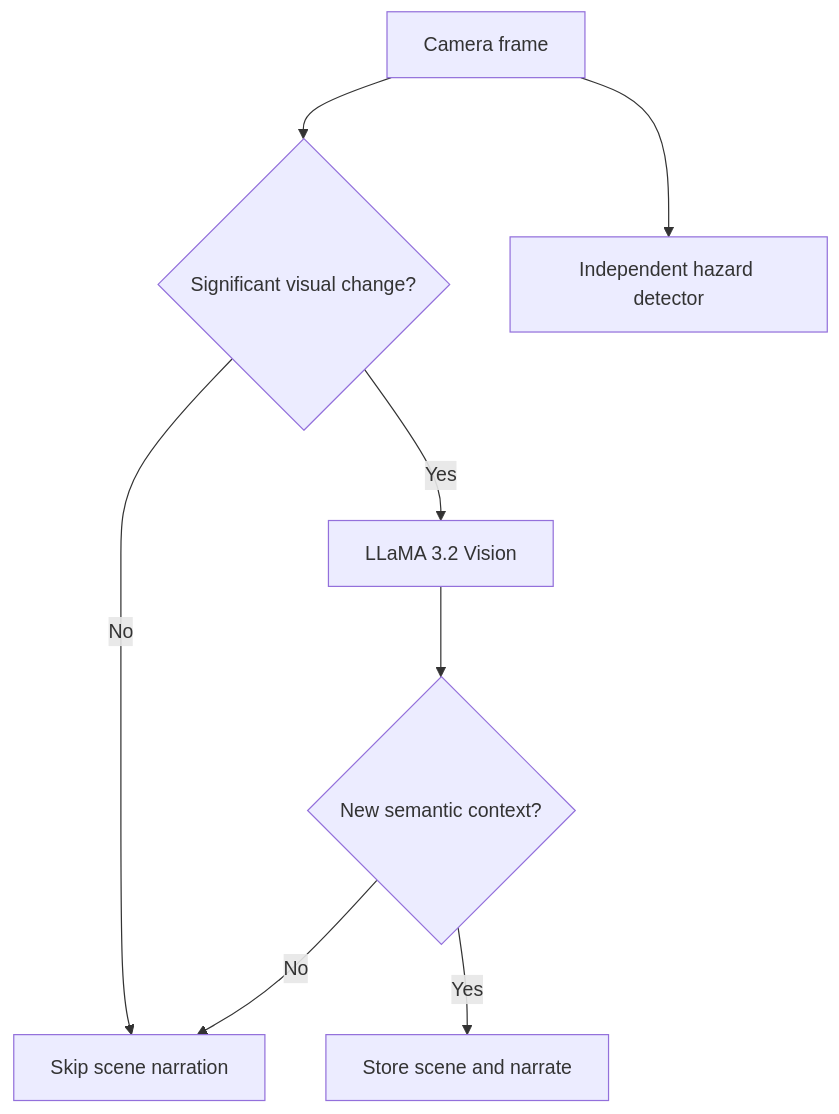
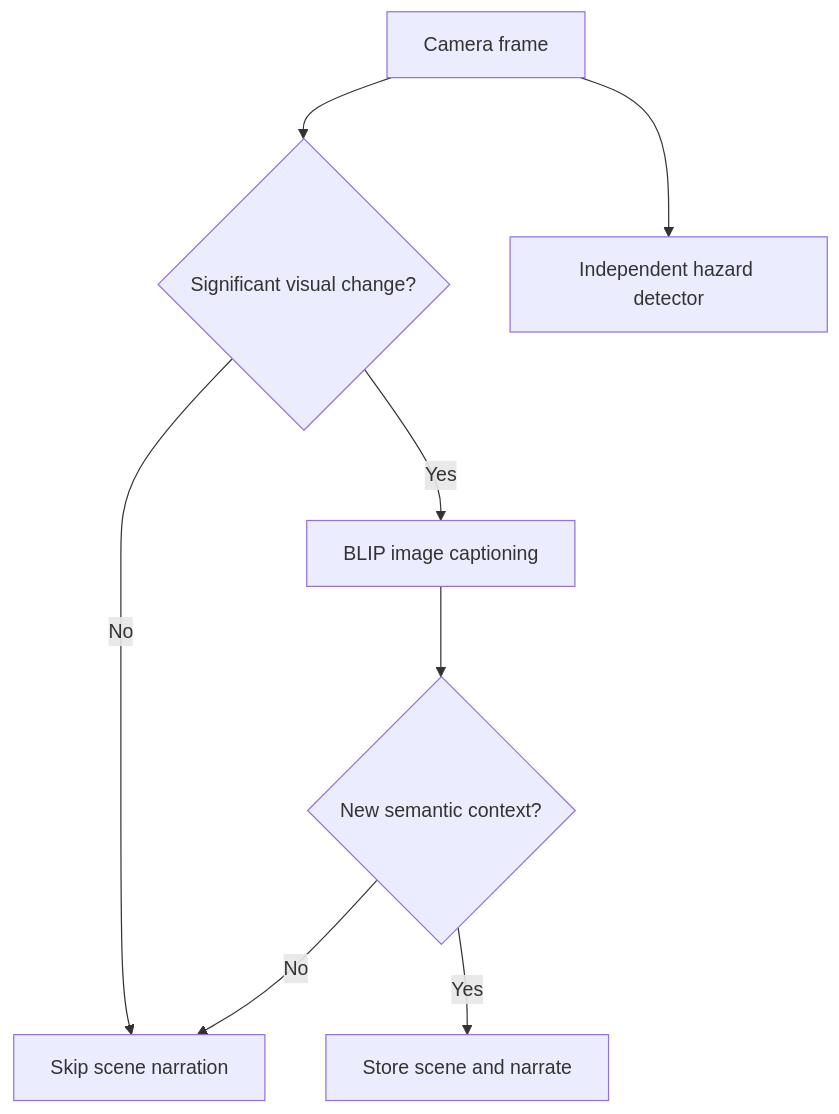
Before and after one commit to OmarIAlzoubi/noor-ai-smart-glasses: the second of 2 diagrams in README.md, drawn with Mermaid. The commit also changed other lines of this file, not shown here.

````diff
--- a/README.md
+++ b/README.md
@@ -53,10 +53,10 @@
 ```mermaid
 flowchart TB
     A["Camera frame"] --> B{"Significant visual change?"}
     B -- "No" --> C["Skip scene narration"]
-    B -- "Yes" --> D["LLaMA 3.2 Vision"]
+    B -- "Yes" --> D["BLIP image captioning"]
     D --> E{"New semantic context?"}
     E -- "Yes" --> F["Store scene and narrate"]
     E -- "No" --> C
     A --> G["Independent hazard detector"]
 ```
````
